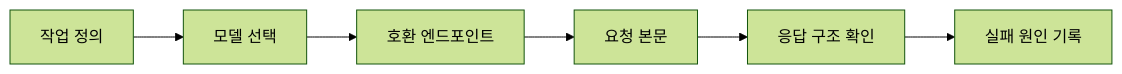
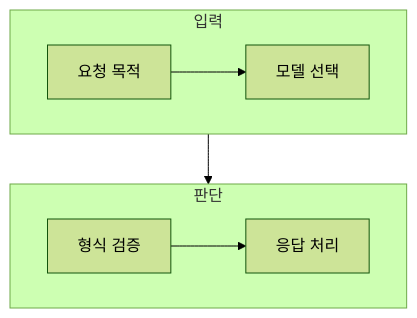
Before and after one commit to umyunsang/edu: the diagram in ComputerScience/03_ai-ml-data/large-language-models/notes/OpenAI API 44. API 요청과 모델 호환성.md, drawn with Mermaid (forest theme). The commit also changed other lines of this file and 7 other files, not shown here.

````diff
--- a/ComputerScience/03_ai-ml-data/large-language-models/notes/OpenAI API 44. API 요청과 모델 호환성.md
+++ b/ComputerScience/03_ai-ml-data/large-language-models/notes/OpenAI API 44. API 요청과 모델 호환성.md
@@ -21,8 +24,12 @@
 ```mermaid
-flowchart LR
-  A["작업 정의"] --> B["모델 선택"]
-  B --> C["호환 엔드포인트"]
-  C --> D["요청 본문"]
-  D --> E["응답 구조 확인"]
-  E --> F["실패 원인 기록"]
+flowchart TB
+    subgraph Input[입력]
+        direction LR
+        A[요청 목적] --> B[모델 선택]
+    end
+    subgraph Decision[판단]
+        direction LR
+        C[형식 검증] --> D[응답 처리]
+    end
+    B --> C
 ```
````
